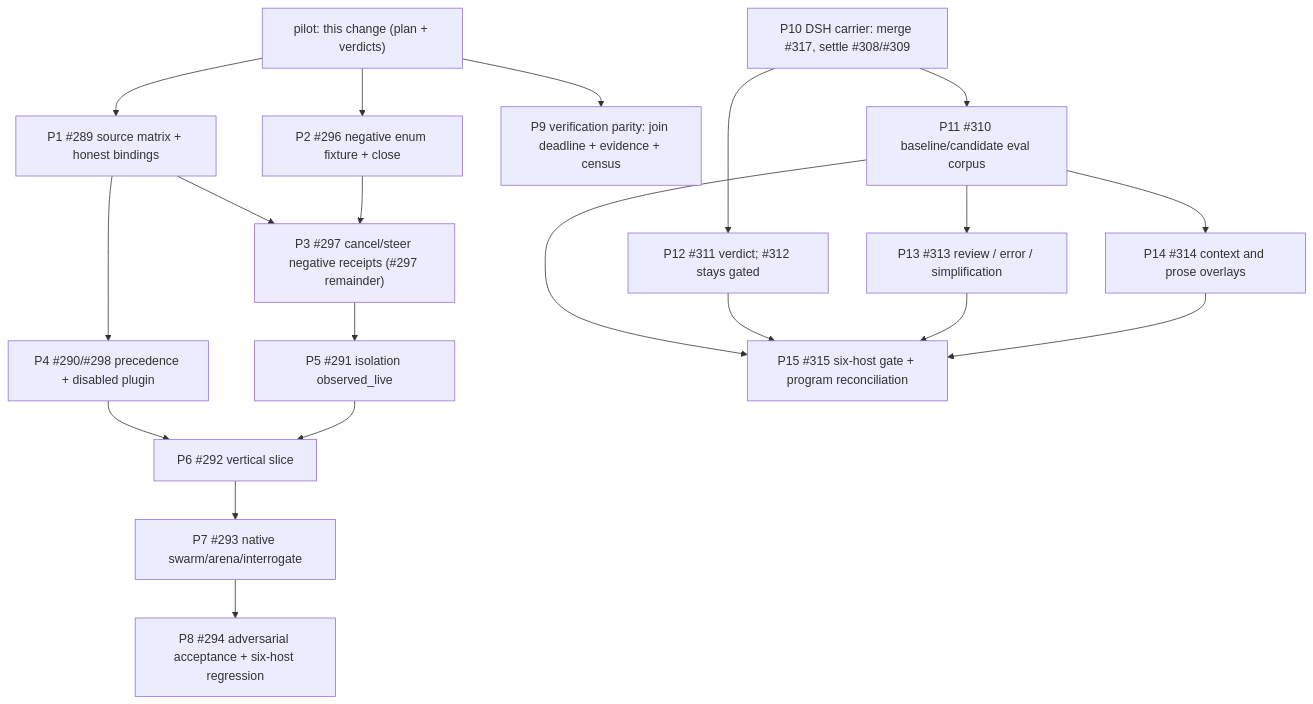
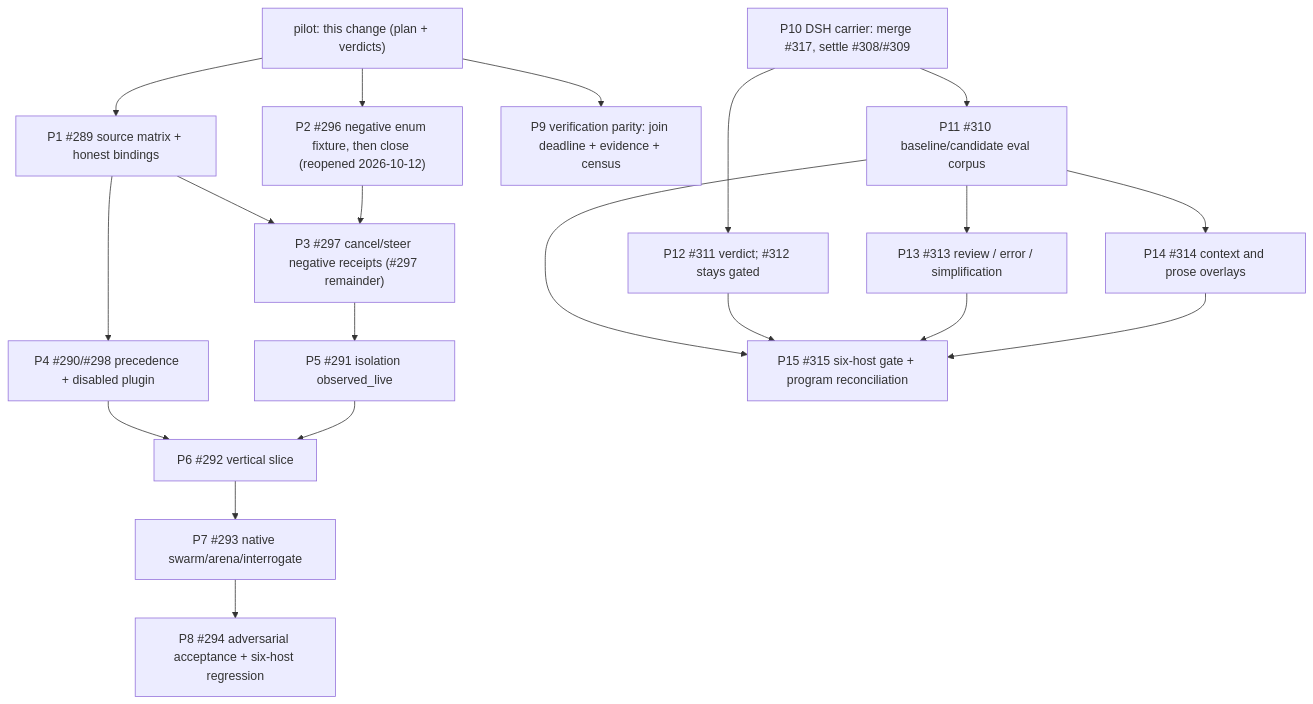
One commit to tommy-ca/pstack changed the diagram in openspec/changes/2026-10-12-poteto-audit-reconcile/tasks.md. Above: the diagram before and after it, drawn with Mermaid. The commit also changed other lines of this file, not shown here.

Commit message:
docs(spec): reopen #296 until the negative enum fixture lands

````diff
--- a/openspec/changes/2026-10-12-poteto-audit-reconcile/tasks.md
+++ b/openspec/changes/2026-10-12-poteto-audit-reconcile/tasks.md
@@ -26,25 +26,25 @@
 ```mermaid
 graph TD
   PILOT["pilot: this change (plan + verdicts)"] --> P1
   PILOT --> P2
   PILOT --> P9
   P1["P1 #289 source matrix + honest bindings"] --> P3
   P1 --> P4
-  P2["P2 #296 negative enum fixture + close"] --> P3
+  P2["P2 #296 negative enum fixture, then close (reopened 2026-10-12)"] --> P3
   P3["P3 #297 cancel/steer negative receipts (#297 remainder)"] --> P5
   P4["P4 #290/#298 precedence + disabled plugin"] --> P6
   P5["P5 #291 isolation observed_live"] --> P6
   P6["P6 #292 vertical slice"] --> P7
   P7["P7 #293 native swarm/arena/interrogate"] --> P8
   P8["P8 #294 adversarial acceptance + six-host regression"]
   P9["P9 verification parity: join deadline + evidence + census"]
   P10["P10 DSH carrier: merge #317, settle #308/#309"] --> P11
   P10 --> P12
   P11["P11 #310 baseline/candidate eval corpus"] --> P13
   P11 --> P14
   P11 --> P15
   P12["P12 #311 verdict; #312 stays gated"] --> P15
   P13["P13 #313 review / error / simplification"] --> P15
   P14["P14 #314 context and prose overlays"] --> P15
   P15["P15 #315 six-host gate + program reconciliation"]
 ```
````
